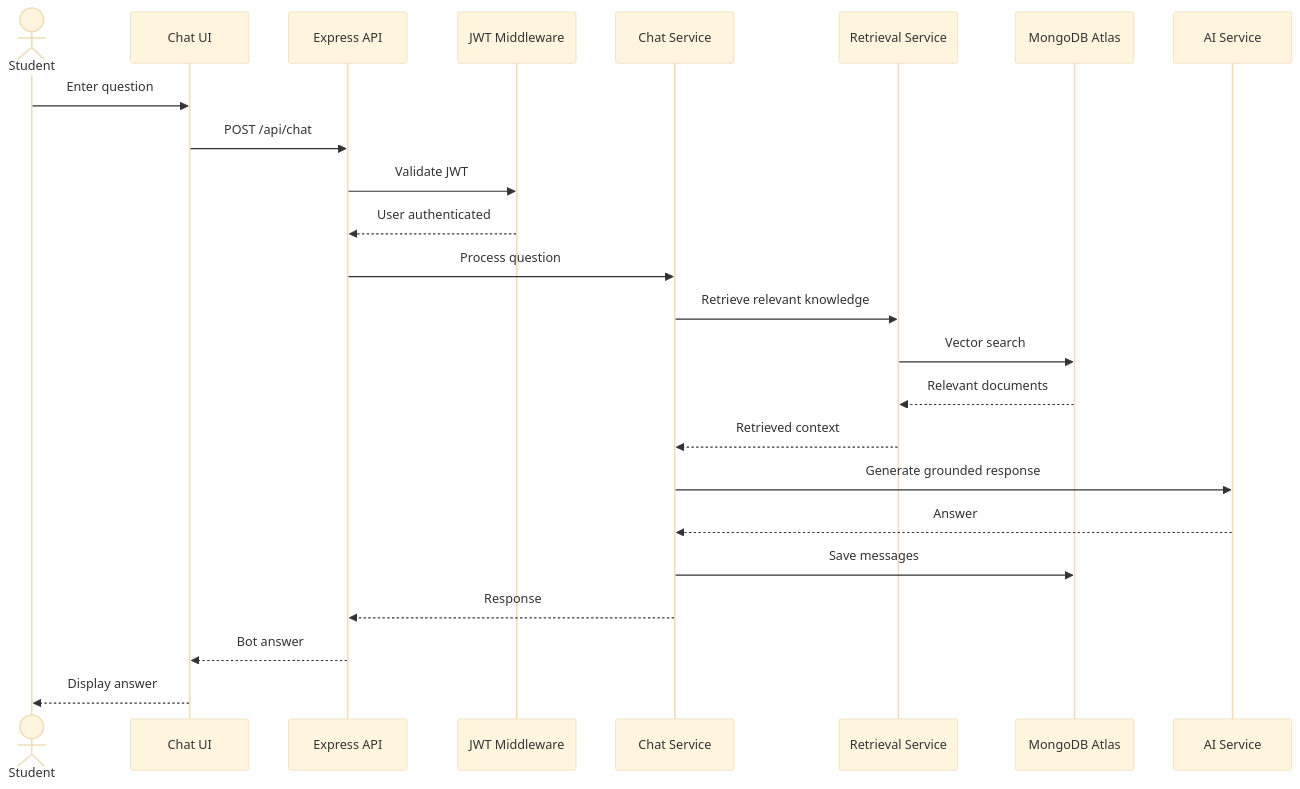
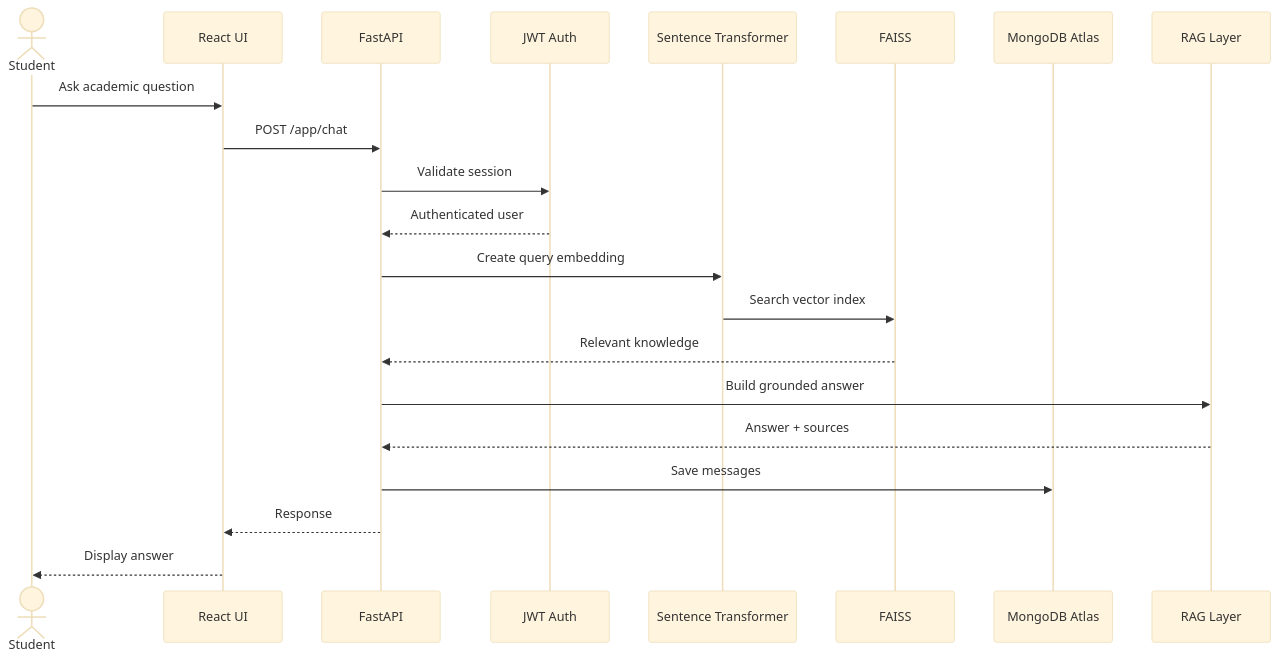
Before and after one commit to abhikumar19999999-maker/edu-chatbot: the third of 4 diagrams in README.md, drawn with Mermaid (base theme). The commit also changed other lines of this file, not shown here.

Commit message:
Rewrite README for current EduBot research architecture

````diff
--- a/README.md
+++ b/README.md
@@ -262,42 +289,23 @@
 ```mermaid
 sequenceDiagram
-
     actor Student
-    participant UI as Chat UI
-    participant API as Express API
-    participant Auth as JWT Middleware
-    participant Chat as Chat Service
-    participant Search as Retrieval Service
+    participant UI as React UI
+    participant API as FastAPI
+    participant Auth as JWT Auth
+    participant Embed as Sentence Transformer
+    participant Search as FAISS
     participant DB as MongoDB Atlas
-    participant AI as AI Service
-
-    Student->>UI: Enter question
-
-    UI->>API: POST /api/chat
-
-    API->>Auth: Validate JWT
-
-    Auth-->>API: User authenticated
-
-    API->>Chat: Process question
-
-    Chat->>Search: Retrieve relevant knowledge
-
-    Search->>DB: Vector search
-
-    DB-->>Search: Relevant documents
-
-    Search-->>Chat: Retrieved context
-
-    Chat->>AI: Generate grounded response
-
-    AI-->>Chat: Answer
-
-    Chat->>DB: Save messages
-
-    Chat-->>API: Response
-
-    API-->>UI: Bot answer
-
+    participant RAG as RAG Layer
+    Student->>UI: Ask academic question
+    UI->>API: POST /app/chat
+    API->>Auth: Validate session
+    Auth-->>API: Authenticated user
+    API->>Embed: Create query embedding
+    Embed->>Search: Search vector index
+    Search-->>API: Relevant knowledge
+    API->>RAG: Build grounded answer
+    RAG-->>API: Answer + sources
+    API->>DB: Save messages
+    API-->>UI: Response
     UI-->>Student: Display answer
 ```
````
